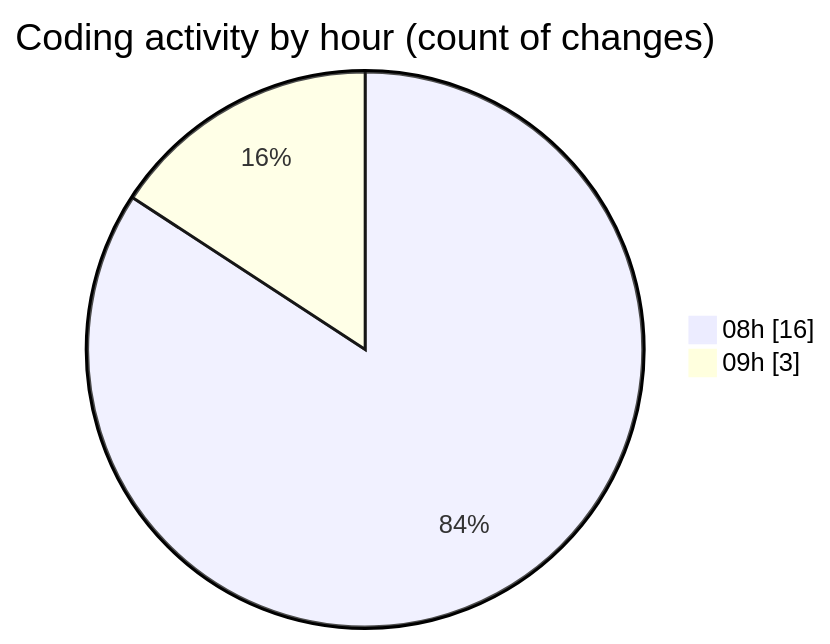
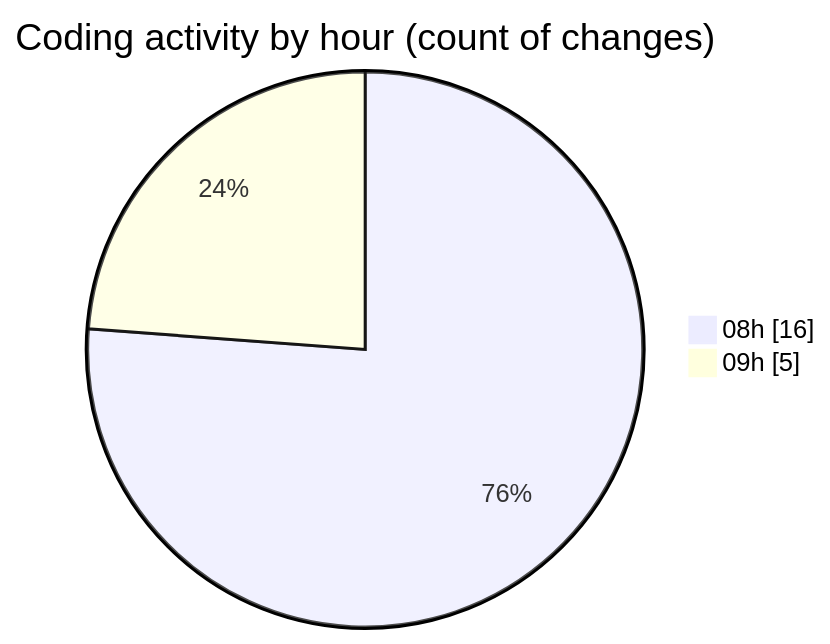
One commit to EIIisD/code-tracking changed the second of 2 diagrams in 2025-07-25/cutler/README.md. Above: the diagram before and after it, drawn with Mermaid. The commit also changed other lines of this file and 1 other file, not shown here.

````diff
--- a/2025-07-25/cutler/README.md
+++ b/2025-07-25/cutler/README.md
@@ -39,6 +39,6 @@
 ```mermaid
 pie showData
 title Coding activity by hour (count of changes)
 "08h" : 16
-"09h" : 3
+"09h" : 5
 ```
````
